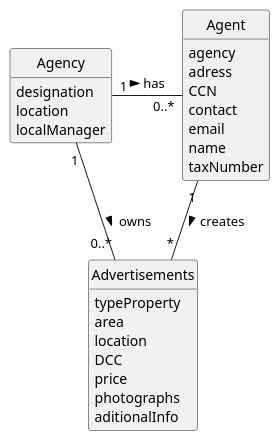
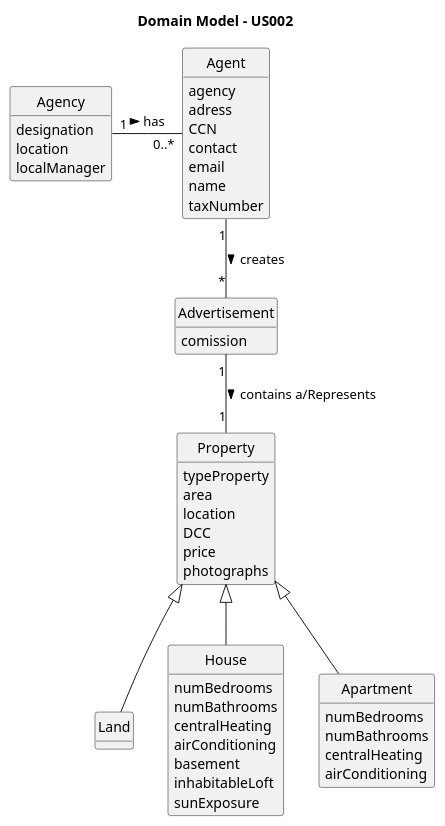
One commit to rita-barbosa/LAPR2-2223 changed the diagram in docs/sprintA/us002/02.analysis/puml/us002-domain-model.puml. Above: the diagram before and after it, drawn with PlantUML. The commit also changed 3 other files, not shown here.

```diff
--- a/docs/sprintA/us002/02.analysis/puml/us002-domain-model.puml
+++ b/docs/sprintA/us002/02.analysis/puml/us002-domain-model.puml
@@ -1,52 +1,71 @@
 @startuml
 skinparam monochrome true
 skinparam packageStyle rectangle
 skinparam shadowing false
 
 'left to right direction
 
 skinparam classAttributeIconSize 0
 
 hide circle
 hide methods
 
-'title Domain Model
-
-'class Platform {
-'  -description
-'}
+title Domain Model - US002
 
 class Agency {
     designation
     location
     localManager
 }
 
-class Advertisements {
+class Advertisement {
+    comission
+}
+
+class Land extends Property{
+
+}
+
+class House extends Property{
+    numBedrooms
+    numBathrooms
+    centralHeating
+    airConditioning
+    basement
+    inhabitableLoft
+    sunExposure
+}
+
+class Apartment extends Property{
+    numBedrooms
+    numBathrooms
+    centralHeating
+    airConditioning
+}
+
+class Property{
     typeProperty
     area
     location
     DCC
     price
     photographs
-    aditionalInfo
 }
-'Could there be subclasses??
 
 class Agent {
     agency
     adress
     CCN
     contact
     email
     name
     taxNumber
 }
 
 
 Agency "1" - "0..*" Agent : has >
-Agency "1" - "0..*" Advertisements: owns >
-Agent "1" -- "*" Advertisements : creates >
+Agent "1" -- "*" Advertisement : creates >
+Advertisement "1" -- "1" Property : contains a/Represents  >
 
 
 @enduml
```
